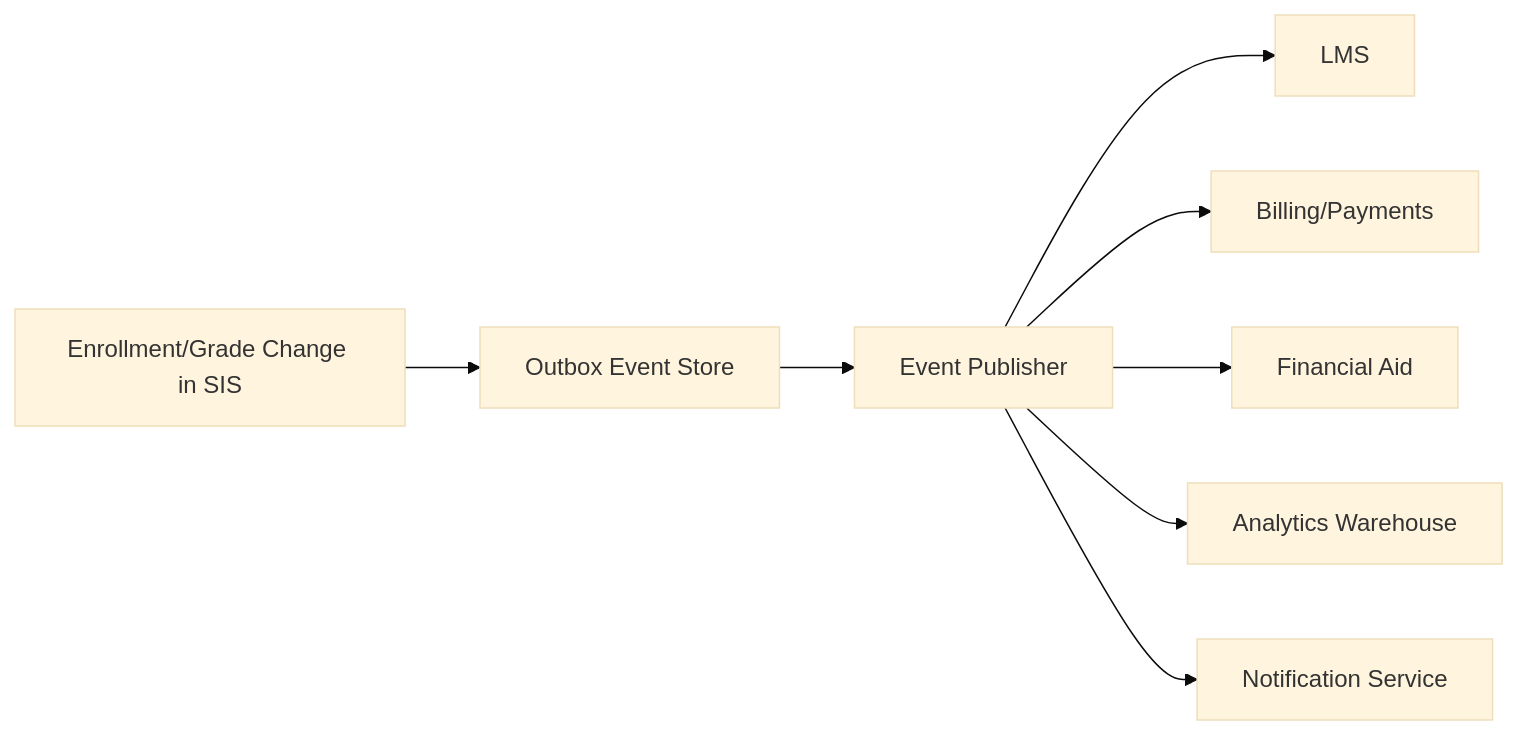
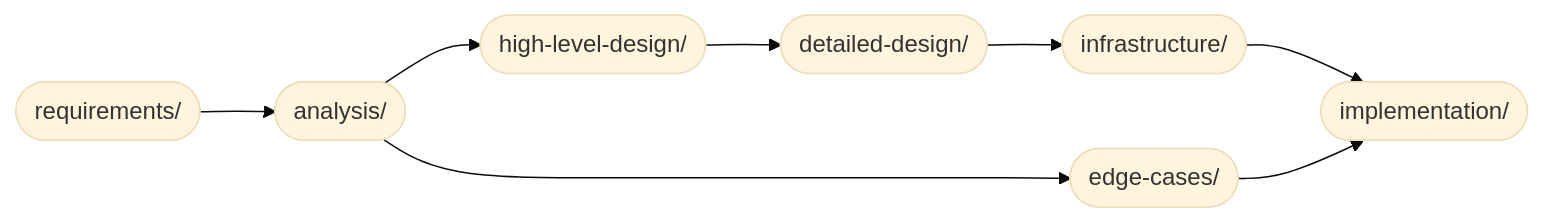
One commit to 0Ankit0/Project-Ideas changed the diagram in Student Information System/README.md. Above: the diagram before and after it, drawn with Mermaid (base theme). The commit also changed other lines of this file and 3 other files, not shown here.

````diff
--- a/Student Information System/README.md
+++ b/Student Information System/README.md
@@ -250,10 +99,10 @@
 ```mermaid
 flowchart LR
-    A[Enrollment/Grade Change in SIS] --> B[Outbox Event Store]
-    B --> C[Event Publisher]
-    C --> D[LMS]
-    C --> E[Billing/Payments]
-    C --> F[Financial Aid]
-    C --> G[Analytics Warehouse]
-    C --> H[Notification Service]
+    A([requirements/]) --> B([analysis/])
+    B --> C([high-level-design/])
+    C --> D([detailed-design/])
+    D --> E([infrastructure/])
+    E --> F([implementation/])
+    B --> G([edge-cases/])
+    G --> F
 ```
````
